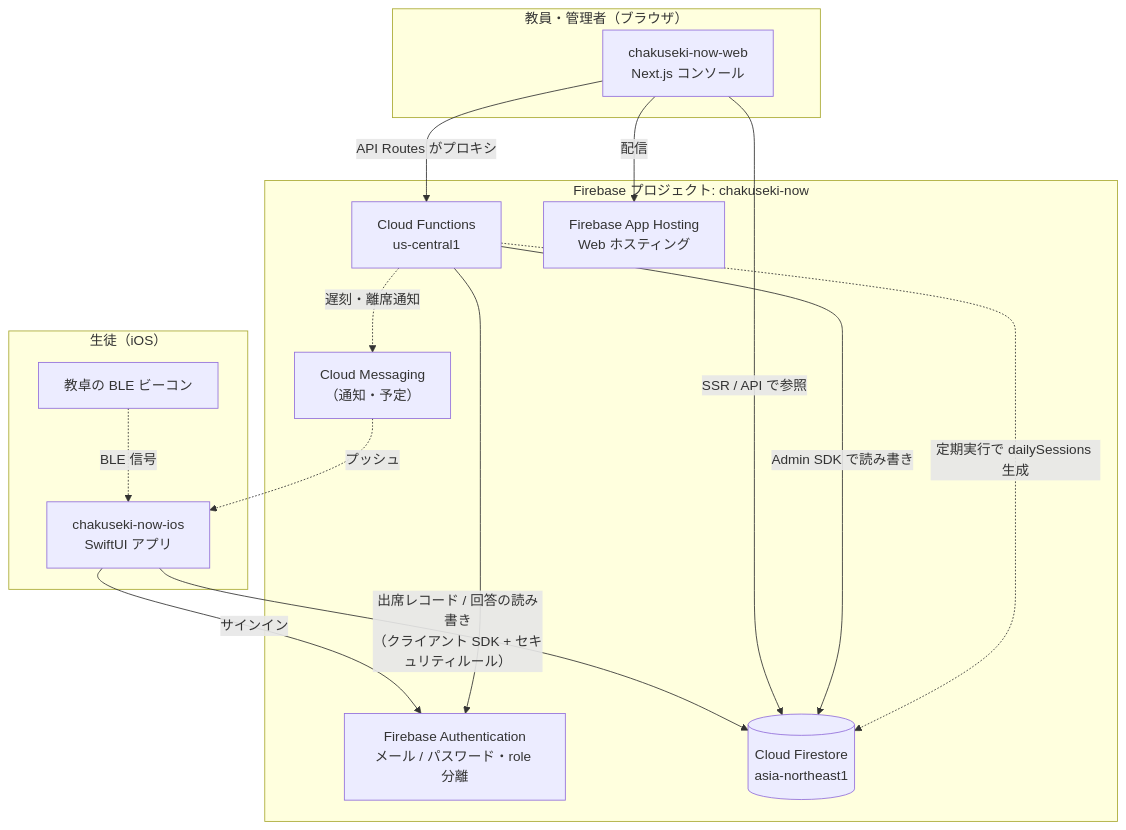
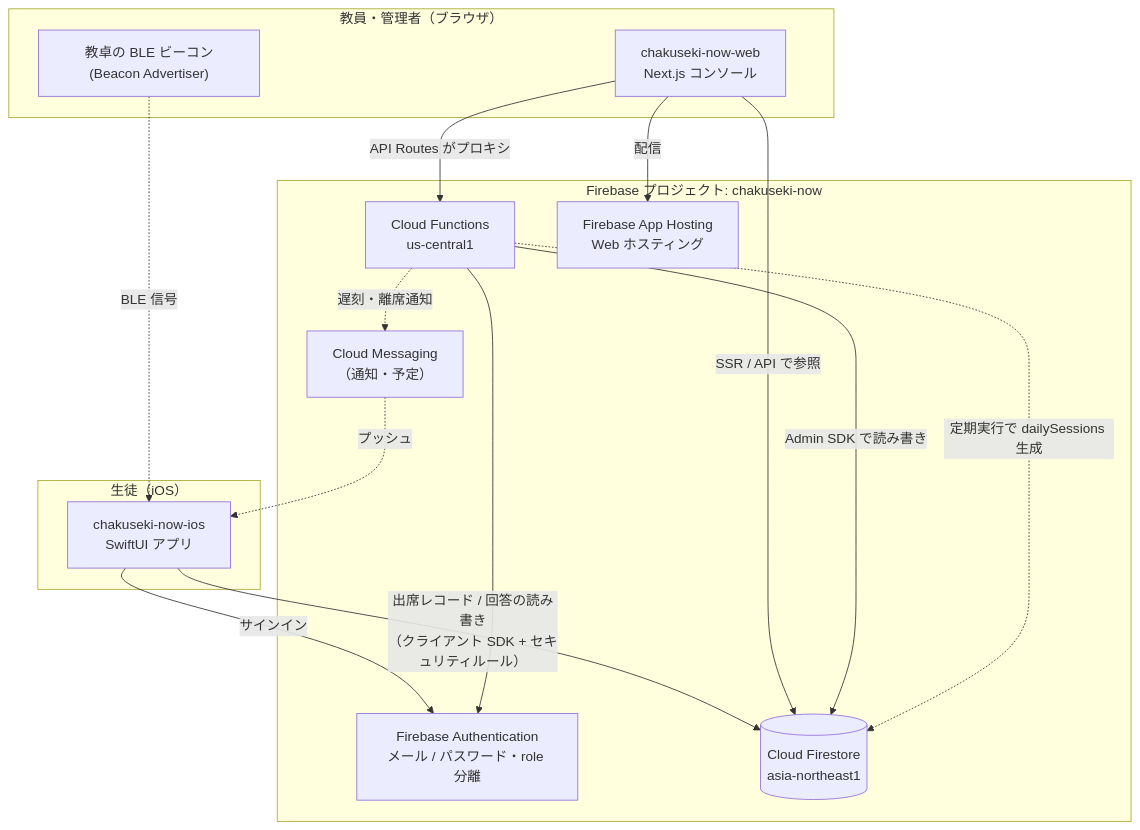
Before and after one commit to solalabs-jp/chakuseki-now-ios: the diagram in docs/architecture.md, drawn with Mermaid.

Commit message:
architecture.mdの教卓ビーコンを先生側に移植
「教卓のBLEビーコン(Beacon Advertiser)」を生徒側にあって違和感あったので教員側に移植
一応Beacon Advertiserってアプリを使うらしいので、注釈的な意味合いで入れておいた

````diff
--- a/docs/architecture.md
+++ b/docs/architecture.md
@@ -16,32 +16,32 @@
 ```mermaid
 flowchart TB
     subgraph Student["生徒（iOS）"]
         iOS["chakuseki-now-ios<br/>SwiftUI アプリ"]
-        Beacon["教卓の BLE ビーコン"]
     end
 
     subgraph Teacher["教員・管理者（ブラウザ）"]
         Web["chakuseki-now-web<br/>Next.js コンソール"]
+        Beacon["教卓の BLE ビーコン(Beacon Advertiser)"]
     end
 
     subgraph Firebase["Firebase プロジェクト: chakuseki-now"]
         Auth["Firebase Authentication<br/>メール / パスワード・role 分離"]
         FS[("Cloud Firestore<br/>asia-northeast1")]
         CF["Cloud Functions<br/>us-central1"]
         AH["Firebase App Hosting<br/>Web ホスティング"]
         FCM["Cloud Messaging<br/>（通知・予定）"]
     end
 
     Beacon -. "BLE 信号" .-> iOS
     iOS -->|"サインイン"| Auth
     iOS -->|"出席レコード / 回答の読み書き<br/>（クライアント SDK + セキュリティルール）"| FS
 
     Web -->|"配信"| AH
     Web -->|"API Routes がプロキシ"| CF
     Web -->|"SSR / API で参照"| FS
     CF -->|"Admin SDK で読み書き"| FS
     CF --> Auth
     CF -. "定期実行で dailySessions 生成" .-> FS
     CF -. "遅刻・離席通知" .-> FCM
     FCM -. "プッシュ" .-> iOS
 ```
````
